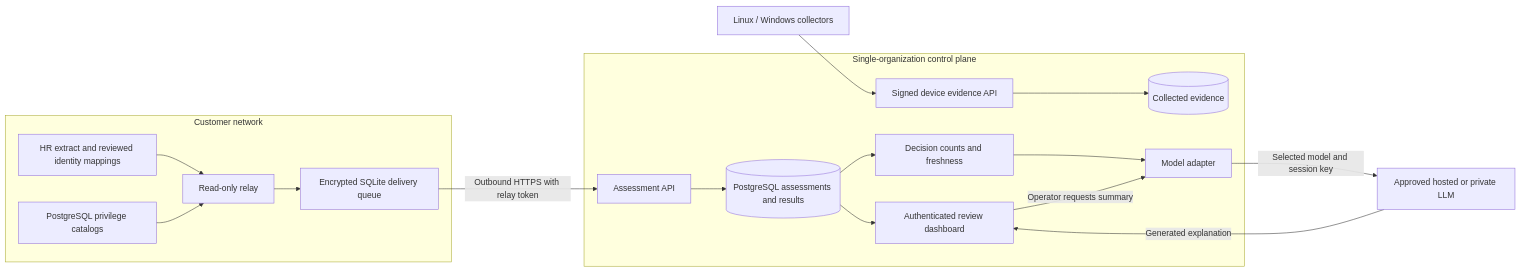
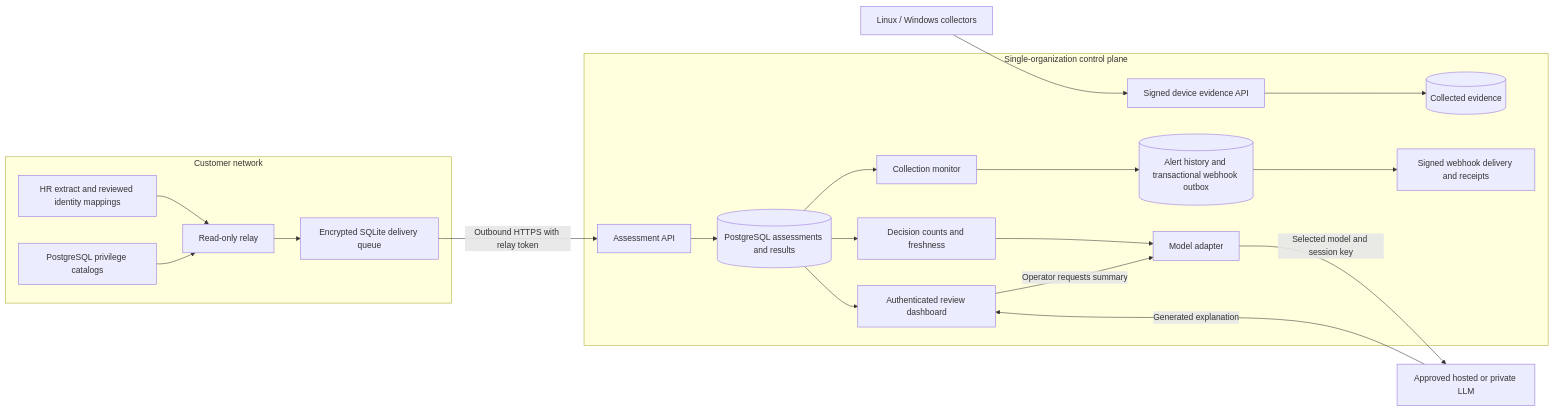
One commit to knight099/ComplianceAgent changed the first of 3 diagrams in docs/architecture.md. Above: the diagram before and after it, drawn with Mermaid. The commit also changed other lines of this file and 1 other file, not shown here.

Commit message:
Reconcile enterprise architecture and phased pilot roadmap with current implementation

````diff
--- a/docs/architecture.md
+++ b/docs/architecture.md
@@ -5,20 +5,23 @@
 ```mermaid
 flowchart LR
  subgraph Customer["Customer network"]
  HR["HR extract and reviewed identity mappings"] --> Relay["Read-only relay"]
  PG["PostgreSQL privilege catalogs"] --> Relay
  Relay --> Queue["Encrypted SQLite delivery queue"]
  end
  subgraph Control["Single-organization control plane"]
  Ingest["Assessment API"] --> Store[("PostgreSQL assessments and results")]
  Devices["Signed device evidence API"] --> Evidence[("Collected evidence")]
+ Store --> Monitor["Collection monitor"]
+ Monitor --> Alerts[("Alert history and transactional webhook outbox")]
+ Alerts --> Receiver["Signed webhook delivery and receipts"]
  Store --> UI["Authenticated review dashboard"]
  Store --> Counts["Decision counts and freshness"]
  Counts --> Adapter["Model adapter"]
  end
  Queue -->|Outbound HTTPS with relay token| Ingest
  Endpoint["Linux / Windows collectors"] --> Devices
  UI -->|Operator requests summary| Adapter
  Adapter -->|Selected model and session key| LLM["Approved hosted or private LLM"]
  LLM -->|Generated explanation| UI
 ```
````
